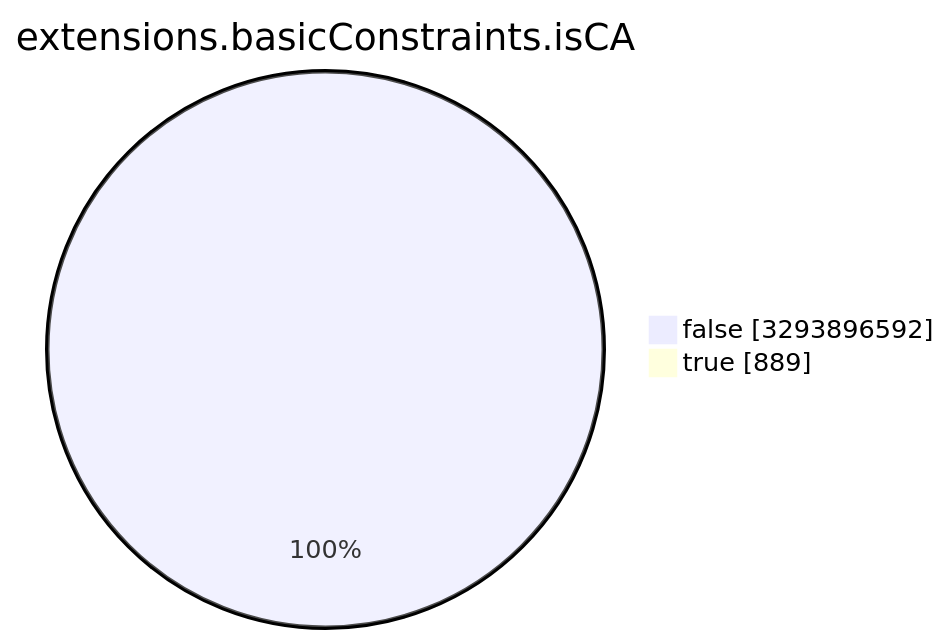
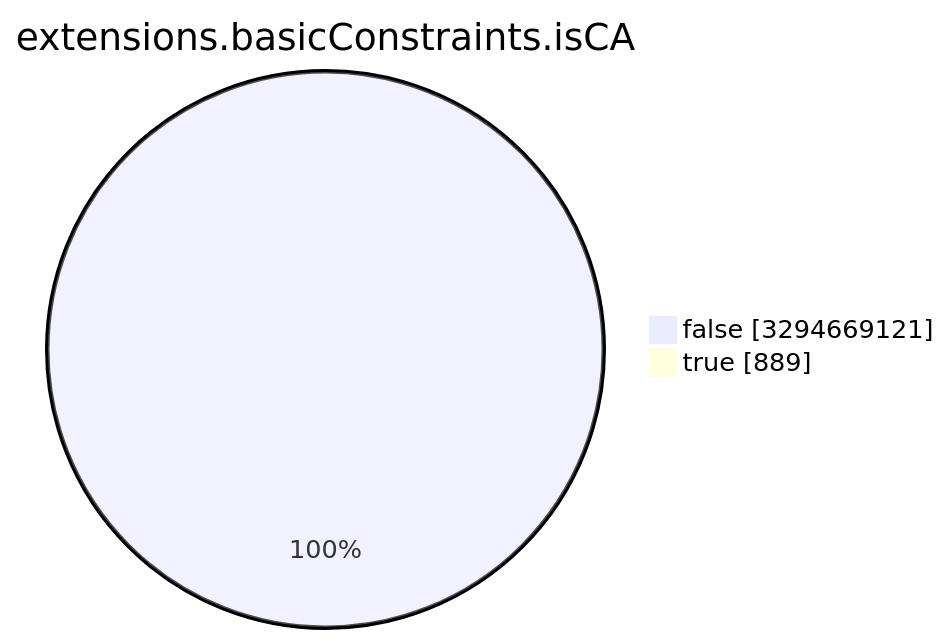
The seventh of 15 diagrams in TOTAL/README.md (christiankrug/ctmonitor_visualization), drawn with Mermaid before and after one commit. The commit also changed other lines of this file, not shown here.

````diff
--- a/TOTAL/README.md
+++ b/TOTAL/README.md
@@ -3089,6 +3089,6 @@
 ```mermaid
 pie showData
 title extensions.basicConstraints.isCA
-"false" :3293896592
+"false" :3294669121
 "true" :889
 ```
````
